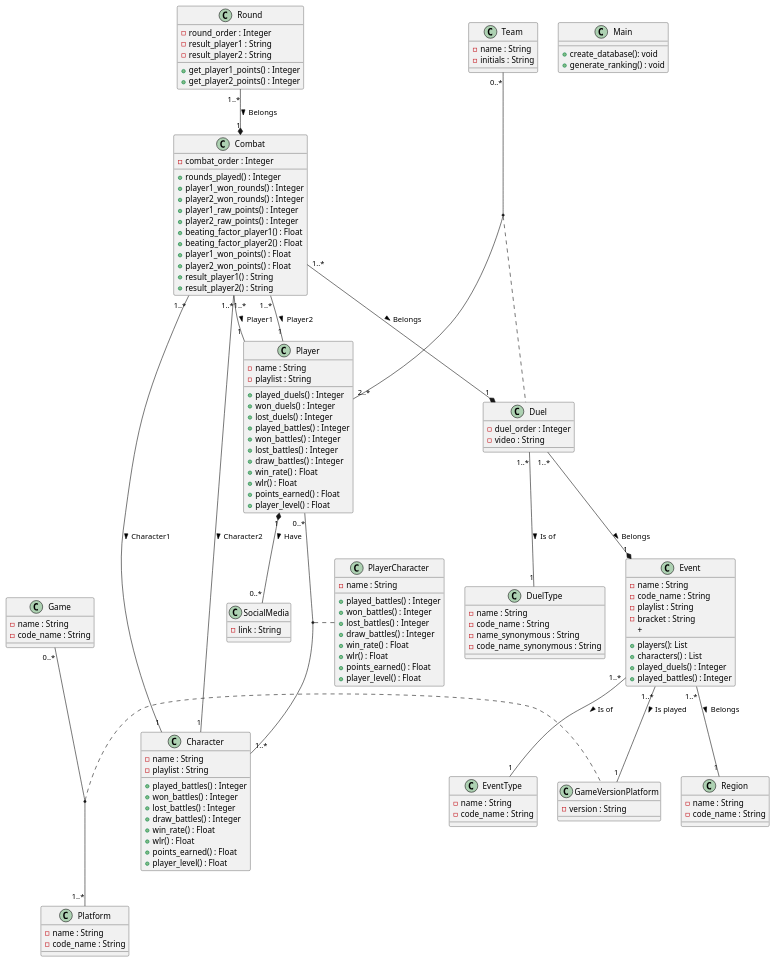
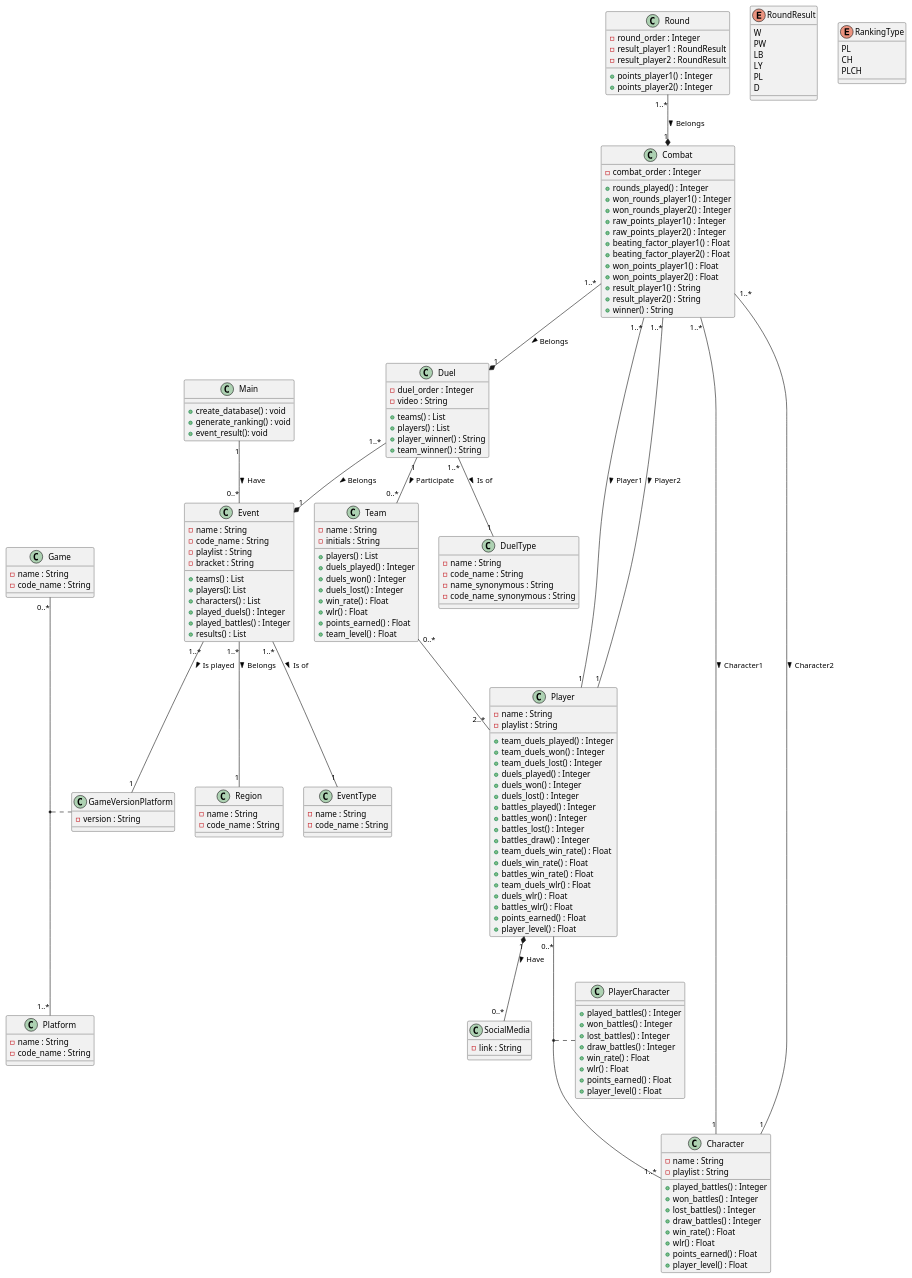
One commit to ianshalaga/sc_ranking changed the diagram in backend/SSLEcd.plantuml. Above: the diagram before and after it, drawn with PlantUML.

```diff
--- a/backend/SSLEcd.plantuml
+++ b/backend/SSLEcd.plantuml
@@ -1,167 +1,193 @@
 @startuml SSLEuml
 
 class Game {
     - name : String
     - code_name : String
 }
 
 class Platform {
     - name : String
     - code_name : String
 }
 
 class Region {
     - name : String
     - code_name : String
 }
 
 class EventType {
     - name : String
     - code_name : String
 }
 
 class DuelType {
     - name : String
     - code_name : String
     - name_synonymous : String
     - code_name_synonymous : String
 }
 
 class Player {
     - name : String
     - playlist : String
-    + played_duels() : Integer
-    + won_duels() : Integer
-    + lost_duels() : Integer
-    + played_battles() : Integer
-    + won_battles() : Integer
-    + lost_battles() : Integer
-    + draw_battles() : Integer
-    + win_rate() : Float
-    + wlr() : Float
+    + team_duels_played() : Integer
+    + team_duels_won() : Integer
+    + team_duels_lost() : Integer
+    + duels_played() : Integer
+    + duels_won() : Integer
+    + duels_lost() : Integer
+    + battles_played() : Integer
+    + battles_won() : Integer
+    + battles_lost() : Integer
+    + battles_draw() : Integer
+    + team_duels_win_rate() : Float
+    + duels_win_rate() : Float
+    + battles_win_rate() : Float
+    + team_duels_wlr() : Float
+    + duels_wlr() : Float
+    + battles_wlr() : Float
     + points_earned() : Float
     + player_level() : Float
 }
 
 class Character {
     - name : String
     - playlist : String
     + played_battles() : Integer
     + won_battles() : Integer
     + lost_battles() : Integer
     + draw_battles() : Integer
     + win_rate() : Float
     + wlr() : Float
     + points_earned() : Float
     + player_level() : Float
 }
 
 class GameVersionPlatform {
     - version : String
 }
 
 Game "0..*" -- "1..*" Platform
 (Game, Platform) .. GameVersionPlatform
 
 class SocialMedia {
     - link : String
 }
 
 Player "1" *-- "0..*" SocialMedia : Have >
 
 class PlayerCharacter {
-    -name : String
     + played_battles() : Integer
     + won_battles() : Integer
     + lost_battles() : Integer
     + draw_battles() : Integer
     + win_rate() : Float
     + wlr() : Float
     + points_earned() : Float
     + player_level() : Float
 }
 
-' PlayerCharacter "1..*" -- "1" Player
-' PlayerCharacter "1..*" -- "1" Character
-
 Player "0..*" -- "1..*" Character
 (Player, Character) .. PlayerCharacter
 
 class Event {
     - name : String
     - code_name : String
     - playlist : String
     - bracket : String
+    + teams() : List
     + players(): List
     + characters() : List
     + played_duels() : Integer
     + played_battles() : Integer
-    + 
+    + results() : List
 }
 
 Event "1..*" -- "1" EventType : Is of >
 Event "1..*" -- "1" Region : Belongs >
 Event "1..*" -- "1" GameVersionPlatform : Is played >
 
 class Duel {
     - duel_order : Integer
     - video : String
+    + teams() : List
+    + players() : List
+    + player_winner() : String
+    + team_winner() : String
 }
 
 Duel "1..*" -- "1" DuelType : Is of >
 Duel "1..*" --* "1" Event : Belongs >
+Duel "1" -- "0..*" Team : Participate >
 
 class Team {
     - name : String
     - initials : String
+    + players() : List
+    + duels_played() : Integer
+    + duels_won() : Integer
+    + duels_lost() : Integer
+    + win_rate() : Float
+    + wlr() : Float
+    + points_earned() : Float
+    + team_level() : Float
 }
 
 Team "0..*" -- "2..*" Player
-(Team, Player) .. Duel
 
 class Combat {
     - combat_order : Integer
     + rounds_played() : Integer
-    + player1_won_rounds() : Integer
-    + player2_won_rounds() : Integer
-    + player1_raw_points() : Integer
-    + player2_raw_points() : Integer
+    + won_rounds_player1() : Integer
+    + won_rounds_player2() : Integer
+    + raw_points_player1() : Integer
+    + raw_points_player2() : Integer
     + beating_factor_player1() : Float
     + beating_factor_player2() : Float
-    + player1_won_points() : Float
-    + player2_won_points() : Float
+    + won_points_player1() : Float
+    + won_points_player2() : Float
     + result_player1() : String
     + result_player2() : String
+    + winner() : String
 }
 
 Combat "1..*" -- "1" Player : Player1 >
 Combat "1..*" -- "1" Player : Player2 >
 Combat "1..*" -- "1" Character : Character1 >
 Combat "1..*" -- "1" Character : Character2 >
 Combat "1..*" --* "1" Duel : Belongs >
 
-' enum RoundResult {
-'     win : String
-'     perfect_win : String
-'     lose_blue : String
-'     lose_yellow : String
-'     perfect_lose : String
-'     draw : String
-' }
+enum RoundResult {
+    W
+    PW
+    LB
+    LY
+    PL
+    D
+}
 
 class Round {
     - round_order : Integer
-    - result_player1 : String
-    - result_player2 : String
-    + get_player1_points() : Integer
-    + get_player2_points() : Integer
+    - result_player1 : RoundResult
+    - result_player2 : RoundResult
+    + points_player1() : Integer
+    + points_player2() : Integer
 }
 
 Round "1..*" --* "1" Combat : Belongs >
 
 class Main {
-    + create_database(): void
+    + create_database() : void
     + generate_ranking() : void
+    + event_result(): void
+}
+
+Main "1" -- "0..*" Event : Have >
+
+enum RankingType {
+    PL
+    CH
+    PLCH
 }
 
 @enduml
```
